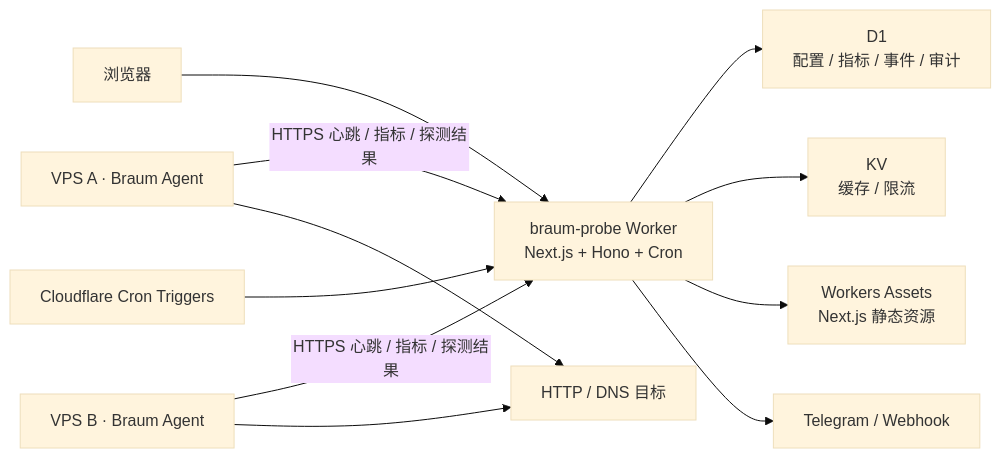
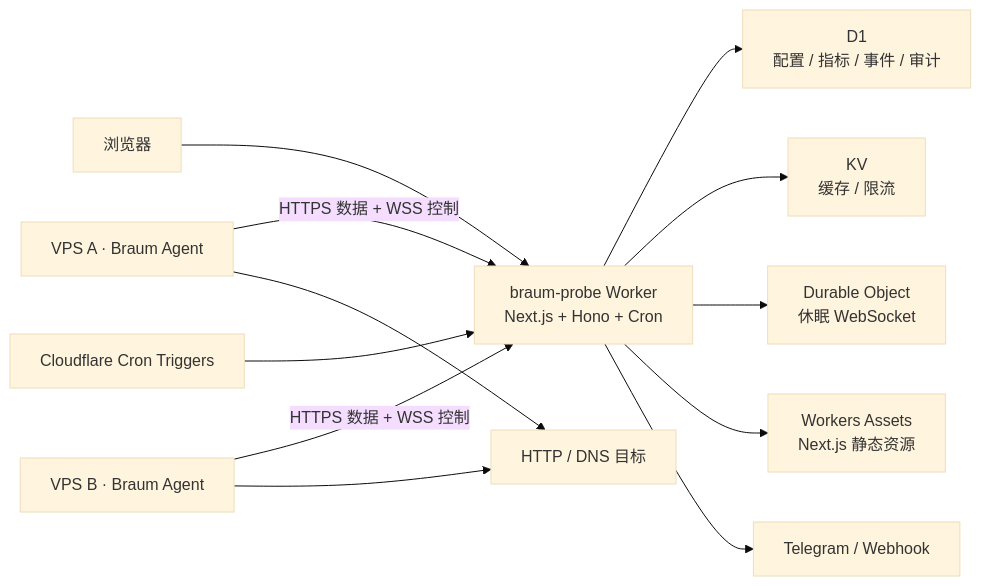
Before and after one commit to elite-silab/braum-probe: the first of 2 diagrams in docs/架构设计文档.md, drawn with Mermaid (base theme). The commit also changed other lines of this file and 33 other files, not shown here.

Commit message:
feat: add WebSocket realtime control channel

````diff
--- a/docs/架构设计文档.md
+++ b/docs/架构设计文档.md
@@ -11,13 +11,14 @@
 ```mermaid
 flowchart LR
     Browser["浏览器"] --> Worker["braum-probe Worker\nNext.js + Hono + Cron"]
-    AgentA["VPS A · Braum Agent"] -->|"HTTPS 心跳 / 指标 / 探测结果"| Worker
-    AgentB["VPS B · Braum Agent"] -->|"HTTPS 心跳 / 指标 / 探测结果"| Worker
+    AgentA["VPS A · Braum Agent"] -->|"HTTPS 数据 + WSS 控制"| Worker
+    AgentB["VPS B · Braum Agent"] -->|"HTTPS 数据 + WSS 控制"| Worker
     Cron["Cloudflare Cron Triggers"] --> Worker
     Worker --> D1["D1\n配置 / 指标 / 事件 / 审计"]
     Worker --> KV["KV\n缓存 / 限流"]
+    Worker --> Realtime["Durable Object\n休眠 WebSocket"]
     Worker --> Assets["Workers Assets\nNext.js 静态资源"]
     Worker --> Notify["Telegram / Webhook"]
     AgentA --> Target["HTTP / DNS 目标"]
     AgentB --> Target
 ```
````
